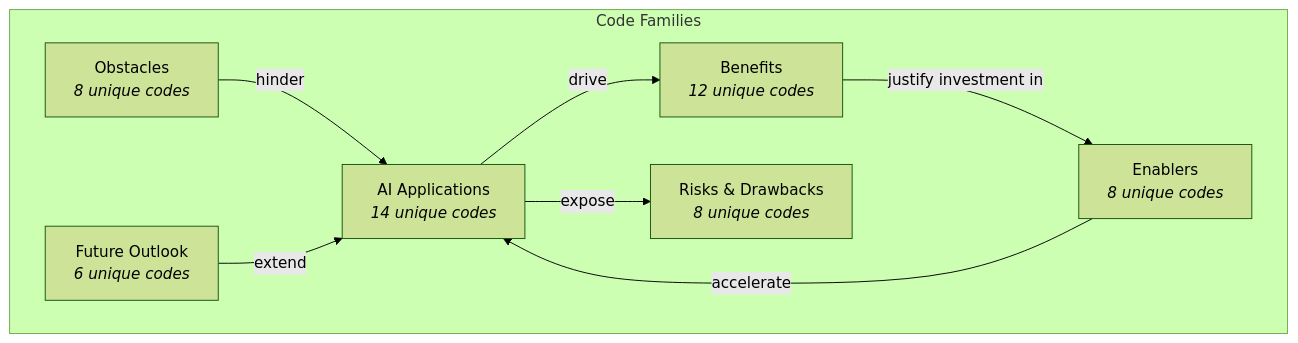
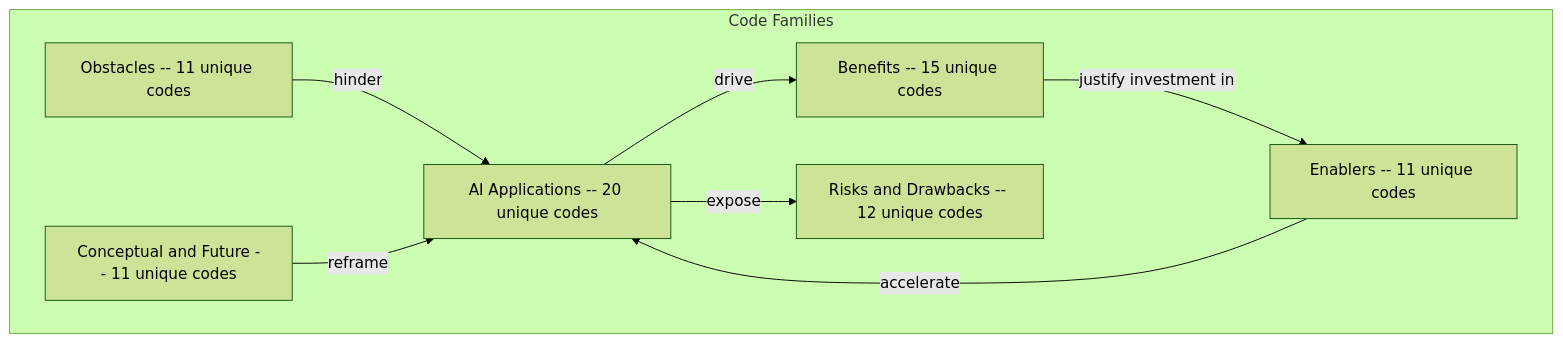
One commit to Luttik/thesis changed the first of 4 diagrams in transcript-codes/Cross-Case Code Alignment.md. Above: the diagram before and after it, drawn with Mermaid (forest theme). The commit also changed other lines of this file and 3 other files, not shown here.

````diff
--- a/transcript-codes/Cross-Case Code Alignment.md
+++ b/transcript-codes/Cross-Case Code Alignment.md
@@ -13,18 +14,18 @@
 ```mermaid
 graph TD
-    subgraph Code Families
-        A["AI Applications<br/><i>14 unique codes</i>"]
-        B["Benefits<br/><i>12 unique codes</i>"]
-        C["Risks & Drawbacks<br/><i>8 unique codes</i>"]
-        D["Enablers<br/><i>8 unique codes</i>"]
-        E["Obstacles<br/><i>8 unique codes</i>"]
-        F["Future Outlook<br/><i>6 unique codes</i>"]
+    subgraph codeFamilies [Code Families]
+        A["AI Applications -- 20 unique codes"]
+        B["Benefits -- 15 unique codes"]
+        C["Risks and Drawbacks -- 12 unique codes"]
+        D["Enablers -- 11 unique codes"]
+        E["Obstacles -- 11 unique codes"]
+        F["Conceptual and Future -- 11 unique codes"]
     end
 
-    A -->|drive| B
-    A -->|expose| C
-    D -->|accelerate| A
-    E -->|hinder| A
-    F -->|extend| A
-    B -->|justify investment in| D
+    A -->|"drive"| B
+    A -->|"expose"| C
+    D -->|"accelerate"| A
+    E -->|"hinder"| A
+    F -->|"reframe"| A
+    B -->|"justify investment in"| D
 ```
````
